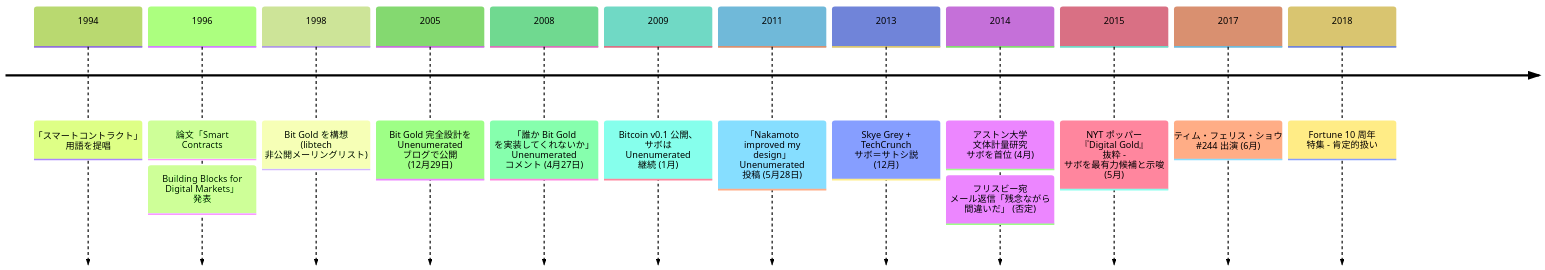
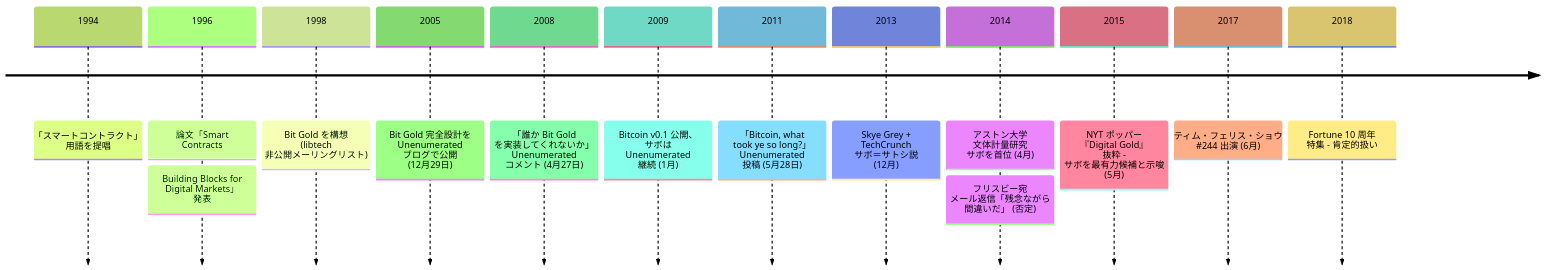
One commit to cypher256/BitcoinArchive changed the diagram in src/data/translations/ja/aftermath/2005-12-29-nick-szabo-biography.md. Above: the diagram before and after it, drawn with Mermaid (forest theme). The commit also changed other lines of this file and 19 other files, not shown here.

````diff
--- a/src/data/translations/ja/aftermath/2005-12-29-nick-szabo-biography.md
+++ b/src/data/translations/ja/aftermath/2005-12-29-nick-szabo-biography.md
@@ -62,22 +62,22 @@
 ```mermaid
 timeline
     1994 : 「スマートコントラクト」 用語を提唱
     1996 : 論文「Smart Contracts: Building Blocks for Digital Markets」 発表
     1998 : Bit Gold を構想 (libtech 非公開メーリングリスト)
     2005 : Bit Gold 完全設計を Unenumerated ブログで公開 (12月29日)
     2008 : 「誰か Bit Gold を実装してくれないか」 Unenumerated コメント (4月27日)
     %% link: /BitcoinArchive/ja/entries/aftermath/2008-04-27-nick-szabo-bit-gold-implementation-request/
     2009 : Bitcoin v0.1 公開、 サボは Unenumerated 継続 (1月)
     %% link: /BitcoinArchive/ja/entries/aftermath/2009-01-09-bitcoin-v01-released/
-    2011 : 「Nakamoto improved my design」 Unenumerated 投稿 (5月28日)
+    2011 : 「Bitcoin, what took ye so long?」 Unenumerated 投稿 (5月28日)
     %% link: /BitcoinArchive/ja/entries/aftermath/2011-05-28-nick-szabo-bitcoin-what-took-ye-so-long/
     2013 : Skye Grey + TechCrunch サボ＝サトシ説 (12月)
     %% link: /BitcoinArchive/ja/entries/aftermath/2013-12-05-techcrunch-skye-grey-szabo-stylometric/
     2014 : アストン大学 文体計量研究 サボを首位 (4月)
     %% link: /BitcoinArchive/ja/entries/aftermath/2014-04-16-aston-university-szabo-stylometric-study/
          : フリスビー宛 メール返信「残念ながら 間違いだ」 (否定)
     2015 : NYT ポッパー 『Digital Gold』 抜粋 - サボを最有力候補と示唆 (5月)
     %% link: /BitcoinArchive/ja/entries/aftermath/2015-05-15-popper-nyt-szabo-satoshi-investigation/
     2017 : ティム・フェリス・ショウ #244 出演 (6月)
     2018 : Fortune 10 周年 特集 - 肯定的扱い
 ```
````
